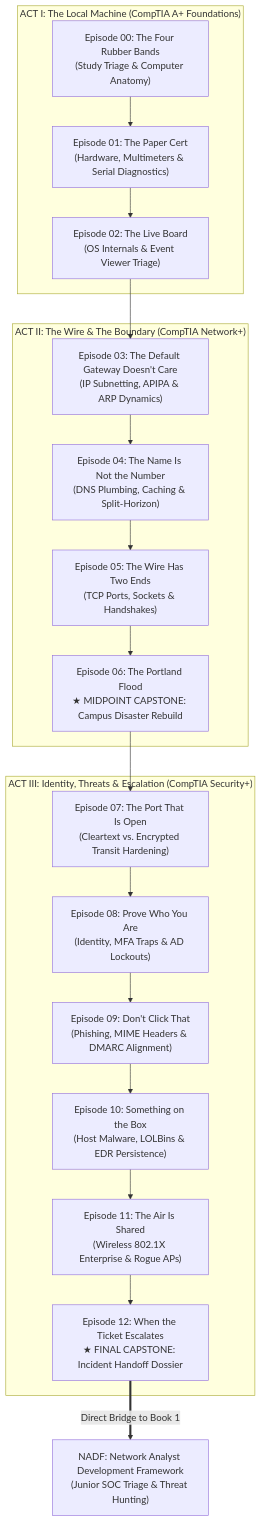
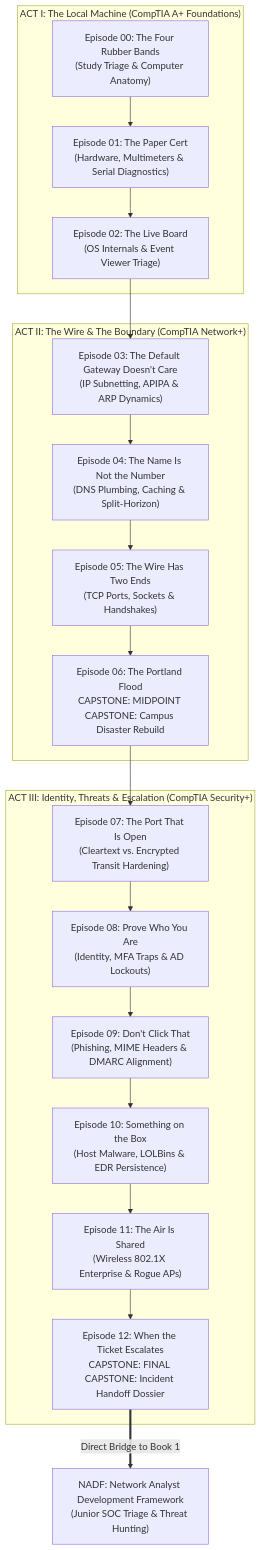
One commit to cwarloe/learning-narrative-kit changed the diagram in portland-desk/README.md. Above: the diagram before and after it, drawn with Mermaid. The commit also changed other lines of this file and 41 other files, not shown here.

Commit message:
feat(ui): add Mermaid v10, interactive scratchpads, shift briefings, and emoji cleanse across all 13 modules

````diff
--- a/portland-desk/README.md
+++ b/portland-desk/README.md
@@ -26,29 +26,29 @@
 ```mermaid
 flowchart TD
     subgraph Act_I["ACT I: The Local Machine (CompTIA A+ Foundations)"]
         M00["Episode 00: The Four Rubber Bands<br/>(Study Triage & Computer Anatomy)"]
         M01["Episode 01: The Paper Cert<br/>(Hardware, Multimeters & Serial Diagnostics)"]
         M02["Episode 02: The Live Board<br/>(OS Internals & Event Viewer Triage)"]
         M00 --> M01 --> M02
     end
 
     subgraph Act_II["ACT II: The Wire & The Boundary (CompTIA Network+)"]
         M03["Episode 03: The Default Gateway Doesn't Care<br/>(IP Subnetting, APIPA & ARP Dynamics)"]
         M04["Episode 04: The Name Is Not the Number<br/>(DNS Plumbing, Caching & Split-Horizon)"]
         M05["Episode 05: The Wire Has Two Ends<br/>(TCP Ports, Sockets & Handshakes)"]
-        M06["Episode 06: The Portland Flood<br/>★ MIDPOINT CAPSTONE: Campus Disaster Rebuild"]
+        M06["Episode 06: The Portland Flood<br/>CAPSTONE: MIDPOINT CAPSTONE: Campus Disaster Rebuild"]
         M02 --> M03 --> M04 --> M05 --> M06
     end
 
     subgraph Act_III["ACT III: Identity, Threats & Escalation (CompTIA Security+)"]
         M07["Episode 07: The Port That Is Open<br/>(Cleartext vs. Encrypted Transit Hardening)"]
         M08["Episode 08: Prove Who You Are<br/>(Identity, MFA Traps & AD Lockouts)"]
         M09["Episode 09: Don't Click That<br/>(Phishing, MIME Headers & DMARC Alignment)"]
         M10["Episode 10: Something on the Box<br/>(Host Malware, LOLBins & EDR Persistence)"]
         M11["Episode 11: The Air Is Shared<br/>(Wireless 802.1X Enterprise & Rogue APs)"]
-        M12["Episode 12: When the Ticket Escalates<br/>★ FINAL CAPSTONE: Incident Handoff Dossier"]
+        M12["Episode 12: When the Ticket Escalates<br/>CAPSTONE: FINAL CAPSTONE: Incident Handoff Dossier"]
         M06 --> M07 --> M08 --> M09 --> M10 --> M11 --> M12
     end
 
     M12 ==>|"Direct Bridge to Book 1"| NADF["NADF: Network Analyst Development Framework<br/>(Junior SOC Triage & Threat Hunting)"]
 ```
````
